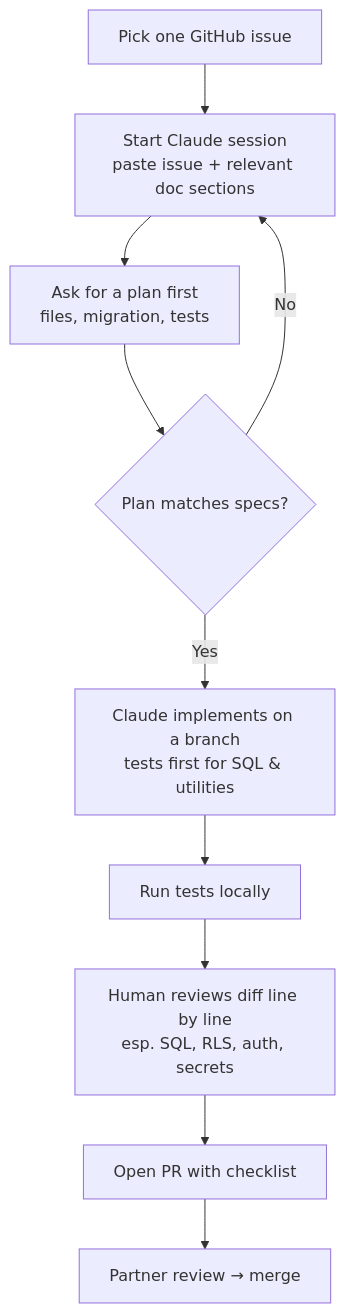
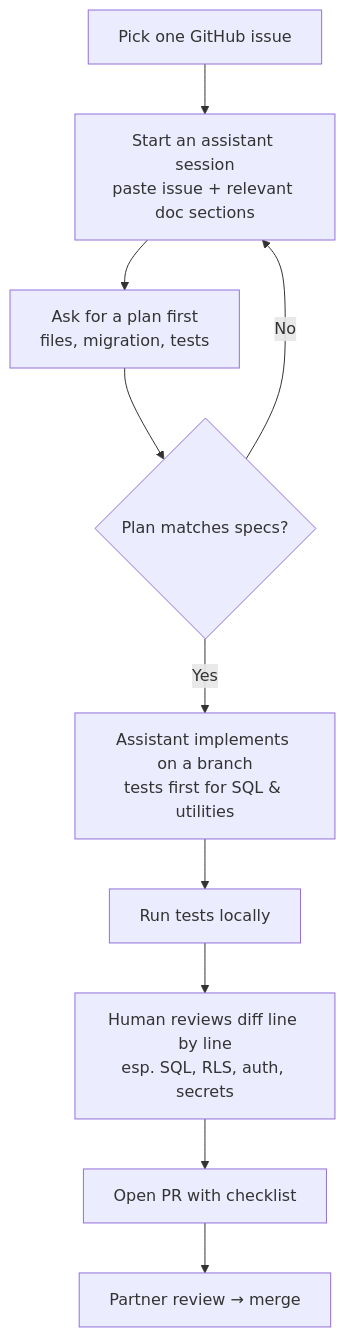
One commit to iwan-adler/luna-space changed the fifth of 5 diagrams in docs/specs/03_impl.md. Above: the diagram before and after it, drawn with Mermaid. The commit also changed other lines of this file and 5 other files, not shown here.

````diff
--- a/docs/specs/03_impl.md
+++ b/docs/specs/03_impl.md
@@ -530,12 +530,12 @@
 ```mermaid
 flowchart TD
-  I[Pick one GitHub issue] --> C[Start Claude session<br/>paste issue + relevant doc sections]
+  I[Pick one GitHub issue] --> C[Start an assistant session<br/>paste issue + relevant doc sections]
   C --> PL[Ask for a plan first<br/>files, migration, tests]
   PL --> RV{Plan matches specs?}
   RV -- No --> C
-  RV -- Yes --> IM[Claude implements on a branch<br/>tests first for SQL & utilities]
+  RV -- Yes --> IM[Assistant implements on a branch<br/>tests first for SQL & utilities]
   IM --> T[Run tests locally]
   T --> H[Human reviews diff line by line<br/>esp. SQL, RLS, auth, secrets]
   H --> PR[Open PR with checklist]
   PR --> M[Partner review → merge]
 ```
````
